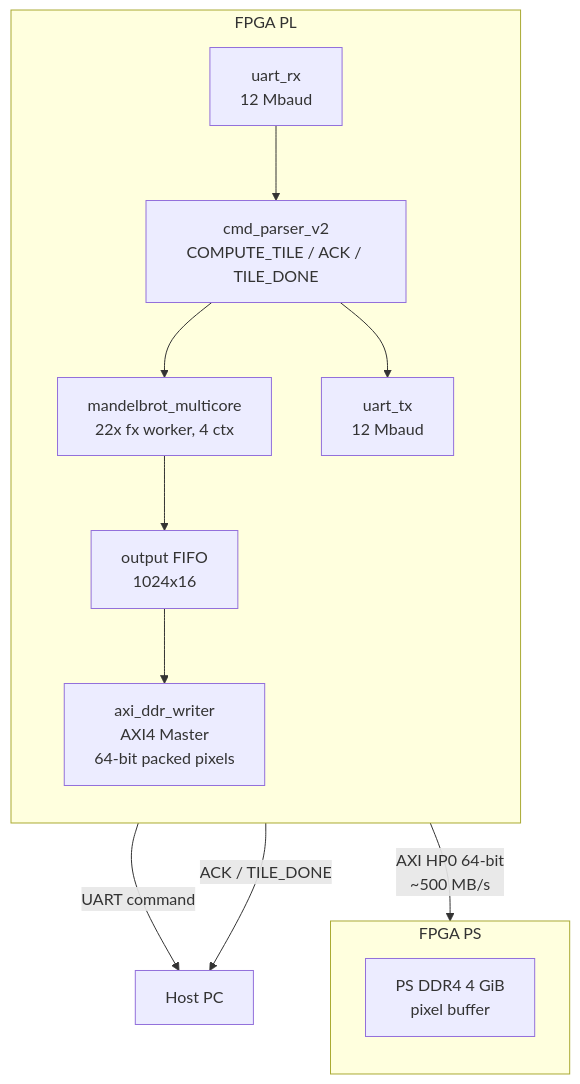
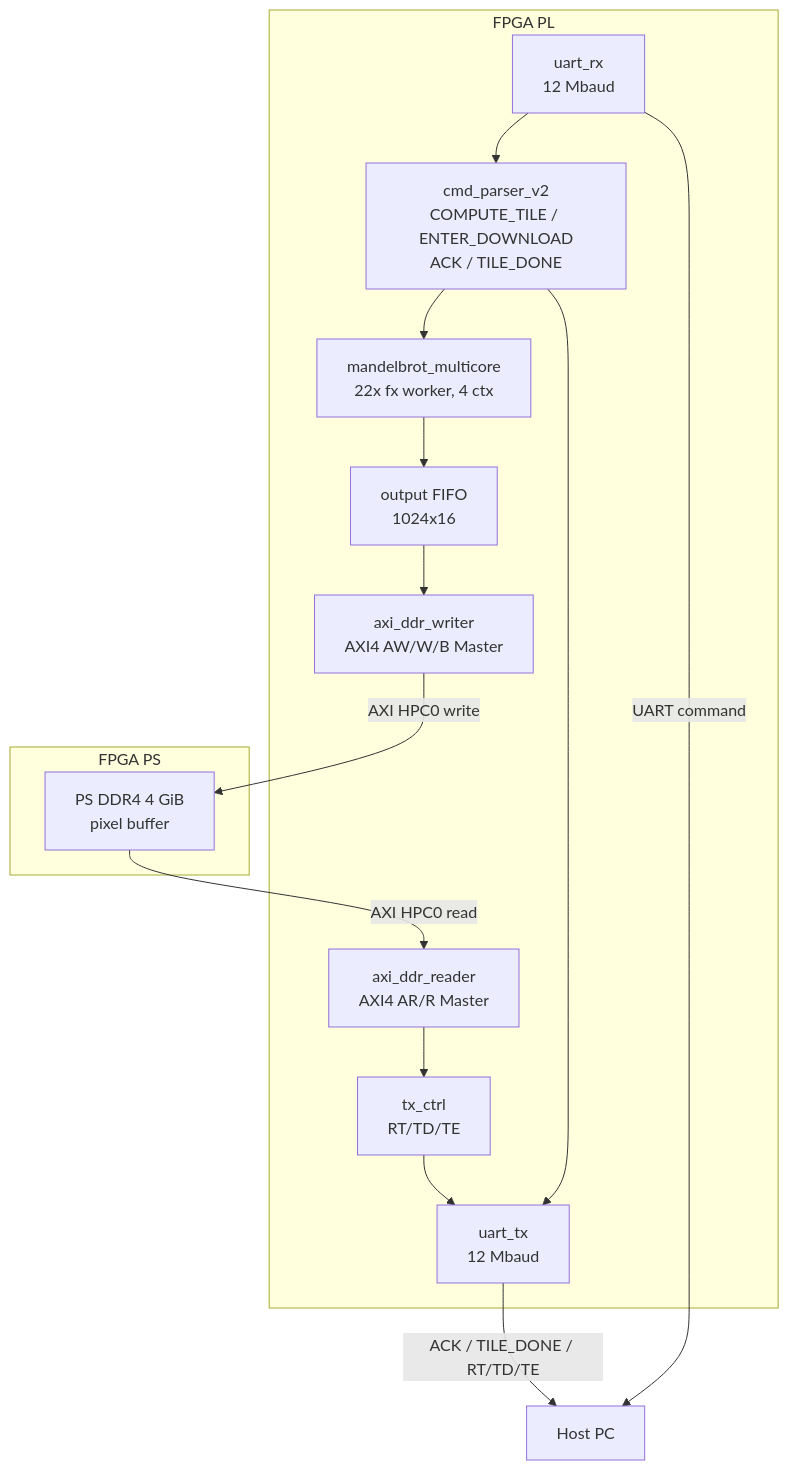
Before and after one commit to RESBI/FPGA-Mandelbrot-Demo: diagram 18 of 18 in doc/ARCHITECTURE.md, drawn with Mermaid. The commit also changed other lines of this file and 25 other files, not shown here.

````diff
--- a/doc/ARCHITECTURE.md
+++ b/doc/ARCHITECTURE.md
@@ -1073,23 +1099,25 @@
 ```mermaid
 flowchart TB
     subgraph PL["FPGA PL"]
-        direction TB
         URX["uart_rx<br/>12 Mbaud"]
-        CMD2["cmd_parser_v2<br/>COMPUTE_TILE / ACK / TILE_DONE"]
+        CMD2["cmd_parser_v2<br/>COMPUTE_TILE / ENTER_DOWNLOAD<br/>ACK / TILE_DONE"]
         CORE2["mandelbrot_multicore<br/>22x fx worker, 4 ctx"]
         FIFO2["output FIFO<br/>1024x16"]
-        AXIM["axi_ddr_writer<br/>AXI4 Master<br/>64-bit packed pixels"]
+        AXIW["axi_ddr_writer<br/>AXI4 AW/W/B Master"]
+        AXIR["axi_ddr_reader<br/>AXI4 AR/R Master"]
+        TXC["tx_ctrl<br/>RT/TD/TE"]
         UTX2["uart_tx<br/>12 Mbaud"]
-        URX --> CMD2 --> CORE2 --> FIFO2 --> AXIM
+        URX --> CMD2 --> CORE2 --> FIFO2 --> AXIW
+        AXIR --> TXC --> UTX2
         CMD2 --> UTX2
     end
 
     subgraph PS["FPGA PS"]
-        direction TB
         DDR["PS DDR4 4 GiB<br/>pixel buffer"]
     end
 
     URX -->|"UART command"| USB["Host PC"]
-    UTX2 -->|"ACK / TILE_DONE"| USB
-    AXIM -->|"AXI HP0 64-bit<br/>~500 MB/s"| DDR
+    UTX2 -->|"ACK / TILE_DONE / RT/TD/TE"| USB
+    AXIW -->|"AXI HPC0 write"| DDR
+    DDR -->|"AXI HPC0 read"| AXIR
 ```
````
